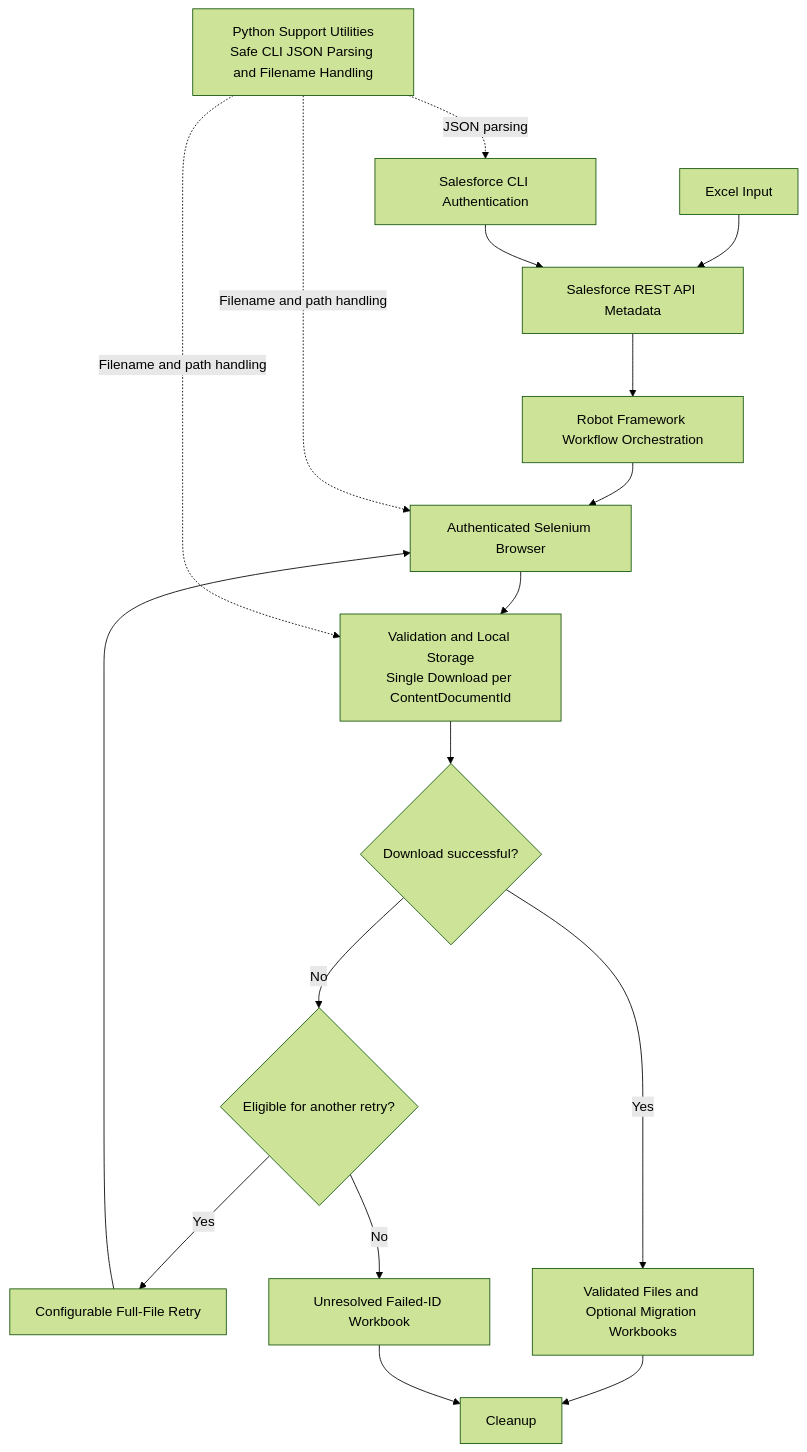
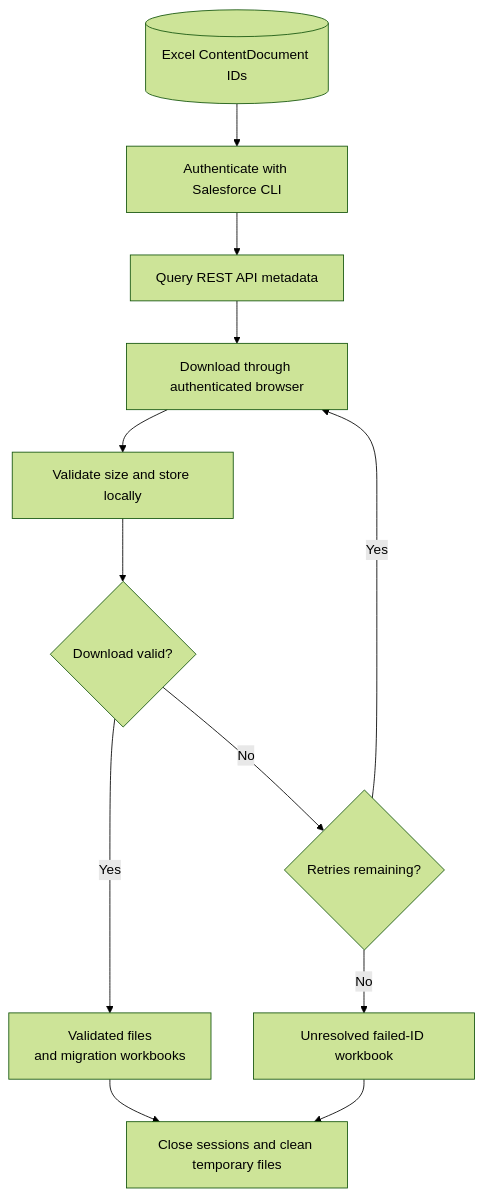
The diagram in docs/Architecture.md (b-vamsipunnam/salesforce-files-downloader-tool), drawn with Mermaid (forest theme) before and after one commit. The commit also changed other lines of this file and 5 other files, not shown here.

Commit message:
docs: refresh architecture and validate project documentation

````diff
--- a/docs/Architecture.md
+++ b/docs/Architecture.md
@@ -8,33 +7,21 @@
 ```mermaid
-flowchart TD
-    INPUT[Excel Input]
-    CLI[Salesforce CLI Authentication]
-    API[Salesforce REST API Metadata]
-    ROBOT[Robot Framework Workflow Orchestration]
-    SUPPORT[Python Support Utilities<br/>Safe CLI JSON Parsing and Filename Handling]
-    BROWSER[Authenticated Selenium Browser]
-    VALIDATE[Validation and Local Storage<br/>Single Download per ContentDocumentId]
-    SUCCESS{Download successful?}
-    RETRYABLE{Eligible for another retry?}
-    RETRY[Configurable Full-File Retry]
-    OUTPUT[Validated Files and Optional Migration Workbooks]
-    FAILED[Unresolved Failed-ID Workbook]
-    CLEANUP[Cleanup]
+flowchart TB
+    INPUT[(Excel ContentDocument IDs)]
+    AUTH[Authenticate with Salesforce CLI]
+    META[Query REST API metadata]
+    DOWNLOAD[Download through authenticated browser]
+    VALIDATE[Validate size and store locally]
+    VALID{Download valid?}
+    RETRY{Retries remaining?}
+    OUTPUT[Validated files<br/>and migration workbooks]
+    FAILED[Unresolved failed-ID workbook]
+    CLEANUP[Close sessions and clean temporary files]
 
-    INPUT --> API
-    CLI --> API
-    API --> ROBOT
-    ROBOT --> BROWSER
-    BROWSER --> VALIDATE
-    SUPPORT -. JSON parsing .-> CLI
-    SUPPORT -. Filename and path handling .-> BROWSER
-    SUPPORT -. Filename and path handling .-> VALIDATE
-    VALIDATE --> SUCCESS
-    SUCCESS -- Yes --> OUTPUT
-    SUCCESS -- No --> RETRYABLE
-    RETRYABLE -- Yes --> RETRY
-    RETRY --> BROWSER
-    RETRYABLE -- No --> FAILED
+    INPUT --> AUTH --> META --> DOWNLOAD --> VALIDATE --> VALID
+    VALID -- Yes --> OUTPUT
+    VALID -- No --> RETRY
+    RETRY -- Yes --> DOWNLOAD
+    RETRY -- No --> FAILED
     OUTPUT --> CLEANUP
     FAILED --> CLEANUP
 ```
````
